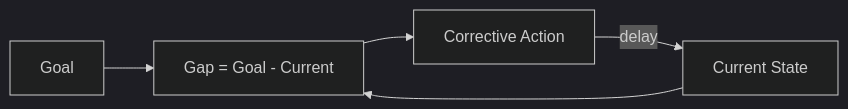
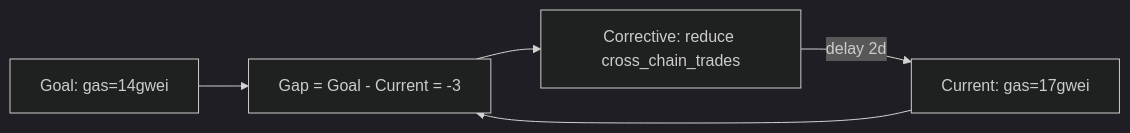
Before and after one commit to bajpainaman/solve: the first of 2 diagrams in frameworks/balancing-loop.md, drawn with Mermaid (dark theme). The commit also changed other lines of this file and 16 other files, not shown here.

````diff
--- a/frameworks/balancing-loop.md
+++ b/frameworks/balancing-loop.md
@@ -20,7 +327,7 @@
 ```mermaid
 graph LR
-  Goal["Goal"] --> Gap["Gap = Goal - Current"]
-  Gap --> Action["Corrective Action"]
-  Action -->|delay| Current["Current State"]
+  Goal["Goal: gas=14gwei"] --> Gap["Gap = Goal - Current = -3"]
+  Gap --> Action["Corrective: reduce cross_chain_trades"]
+  Action -->|delay 2d| Current["Current: gas=17gwei"]
   Current --> Gap
 ```
````
